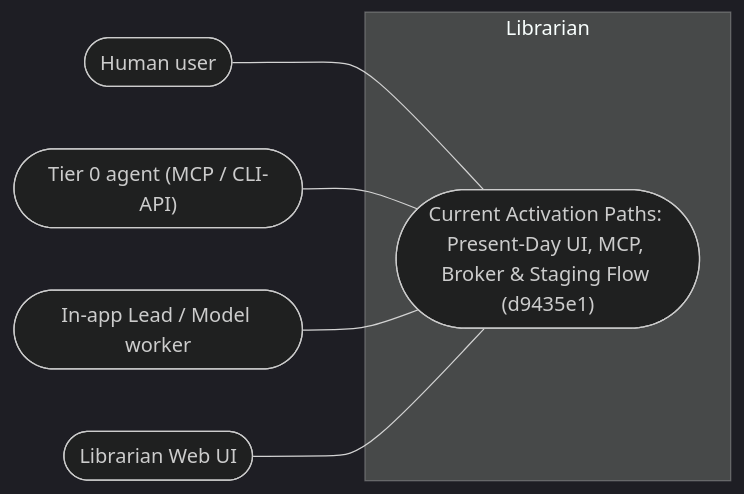
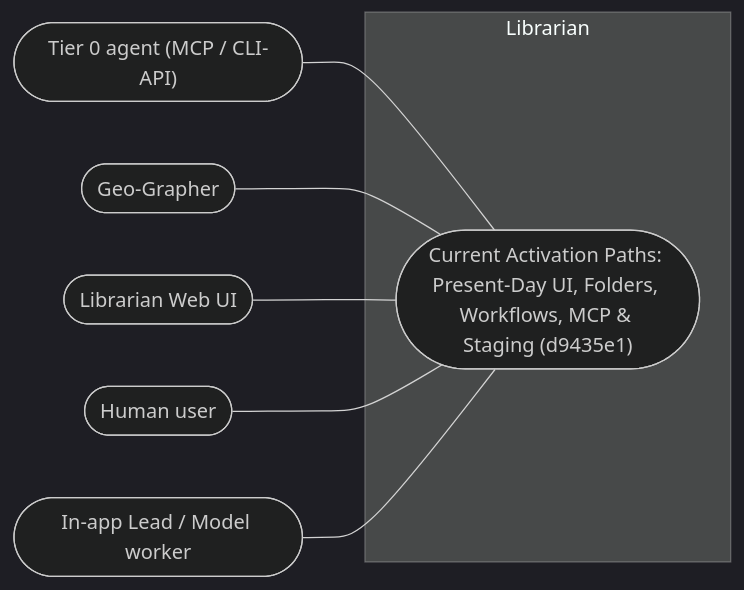
Before and after one commit to Jake36999/Librarian_V2: the first of 2 diagrams in reports/2026-11-24-librarian-reconstruction-and-offering/diagrams/librarian-current-activation.views.md, drawn with Mermaid (dark theme). The commit also changed other lines of this file and 6 other files, not shown here.

````diff
--- a/reports/2026-11-24-librarian-reconstruction-and-offering/diagrams/librarian-current-activation.views.md
+++ b/reports/2026-11-24-librarian-reconstruction-and-offering/diagrams/librarian-current-activation.views.md
@@ -12,10 +12,11 @@
 ```mermaid
 flowchart LR
   subgraph librarian["Librarian"]
-    goal(["Current Activation Paths: Present-Day UI, MCP, Broker & Staging Flow (d9435e1)"])
+    goal(["Current Activation Paths: Present-Day UI, Folders, Workflows, MCP & Staging (d9435e1)"])
   end
-  actor0(["Human user"]) --- goal
-  actor1(["Tier 0 agent (MCP / CLI-API)"]) --- goal
-  actor2(["In-app Lead / Model worker"]) --- goal
-  actor3(["Librarian Web UI"]) --- goal
+  actor0(["Tier 0 agent (MCP / CLI-API)"]) --- goal
+  actor1(["Geo-Grapher"]) --- goal
+  actor2(["Librarian Web UI"]) --- goal
+  actor3(["Human user"]) --- goal
+  actor4(["In-app Lead / Model worker"]) --- goal
 ```
````
